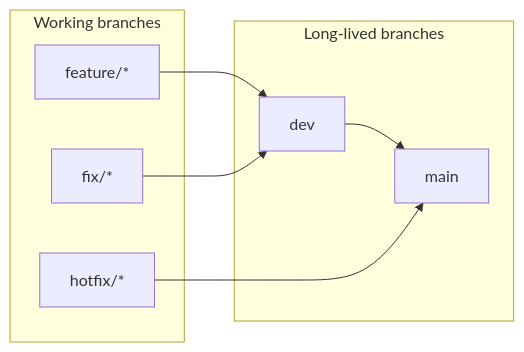
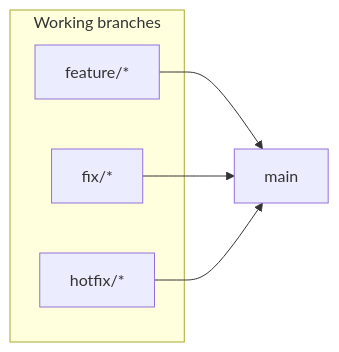
Before and after one commit to nikunjmavani/core-be: the diagram in docs/deployment/ci-cd/branch-protection.md, drawn with Mermaid. The commit also changed other lines of this file and 21 other files, not shown here.

First line of the commit message:
ci: retire stale dev-branch references (single-trunk) (#880)

````diff
--- a/docs/deployment/ci-cd/branch-protection.md
+++ b/docs/deployment/ci-cd/branch-protection.md
@@ -23,18 +23,14 @@
 ```mermaid
 flowchart LR
   subgraph work [Working branches]
     featureBranches["feature/*"]
     fixBranches["fix/*"]
     hotfixBranches["hotfix/*"]
   end
 
-  subgraph longlived [Long-lived branches]
-    devBranch[dev]
-    mainBranch[main]
-  end
+  mainBranch[main]
 
-  featureBranches --> devBranch
-  fixBranches --> devBranch
-  devBranch --> mainBranch
+  featureBranches --> mainBranch
+  fixBranches --> mainBranch
   hotfixBranches --> mainBranch
 ```
````
